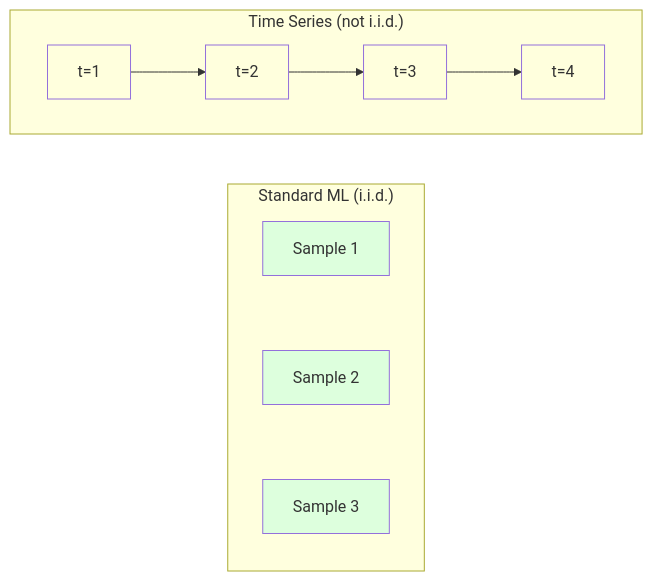
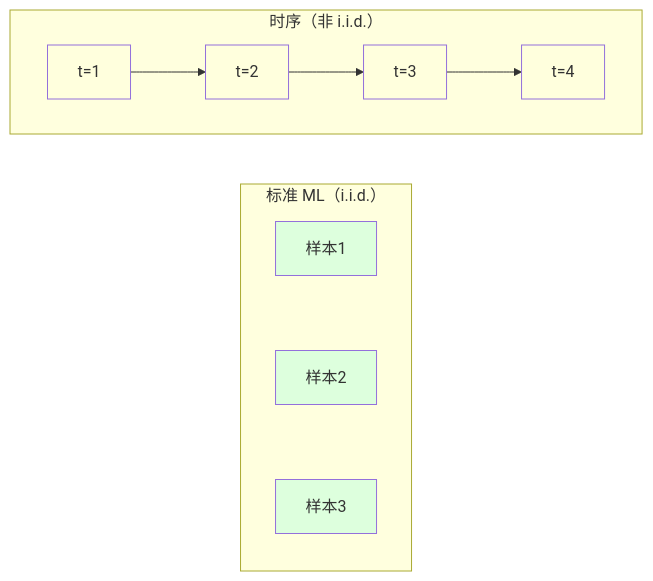
The diagram in phases/02-ml-fundamentals/15-time-series/docs/zh.md (omigaZen/ai-engineering-from-scratch), drawn with Mermaid before and after one commit. The commit also changed other lines of this file, not shown here.

````diff
--- a/phases/02-ml-fundamentals/15-time-series/docs/zh.md
+++ b/phases/02-ml-fundamentals/15-time-series/docs/zh.md
@@ -60,22 +38,22 @@
 ```mermaid
 flowchart LR
-    subgraph IID["Standard ML (i.i.d.)"]
+    subgraph IID[标准 ML（i.i.d.）]
         direction TB
-        S1[Sample 1] ~~~ S2[Sample 2]
-        S2 ~~~ S3[Sample 3]
+        S1[样本1] ~~~ S2[样本2]
+        S2 ~~~ S3[样本3]
     end
-    subgraph TS["Time Series (not i.i.d.)"]
+    subgraph TS[时序（非 i.i.d.）]
         direction LR
         T1[t=1] --> T2[t=2]
         T2 --> T3[t=3]
         T3 --> T4[t=4]
     end
 
     style S1 fill:#dfd
     style S2 fill:#dfd
     style S3 fill:#dfd
     style T1 fill:#ffd
     style T2 fill:#ffd
     style T3 fill:#ffd
     style T4 fill:#ffd
 ```
````
